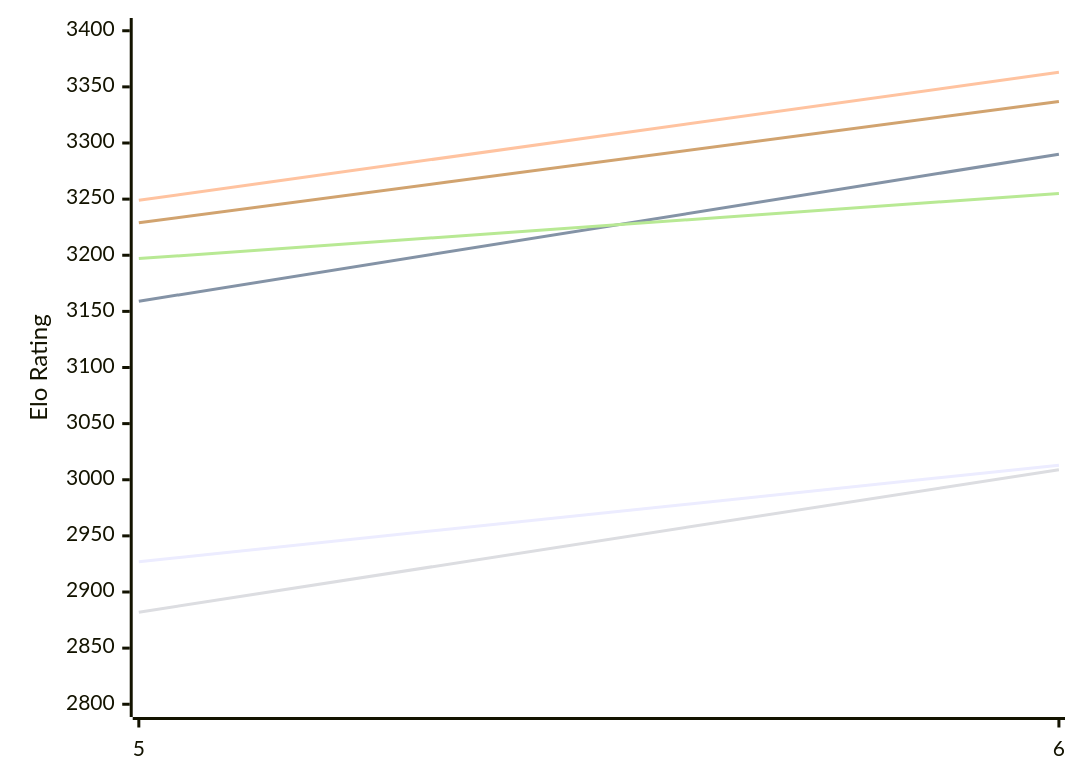
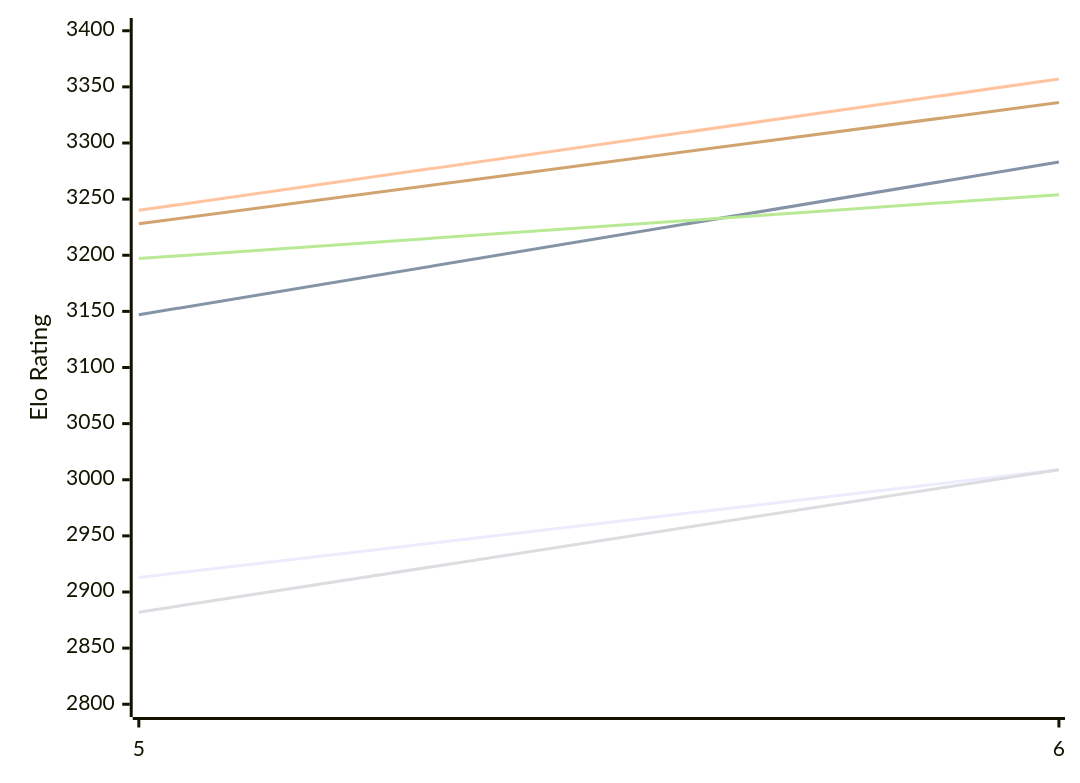
The first of 2 diagrams in engines/Cwtch.md (computer-chess-index/cci), drawn with Mermaid before and after one commit. The commit also changed other lines of this file, not shown here.

Commit message:
Update CCI Ratings (ELO VLTC) - 2026-11-26

````diff
--- a/engines/Cwtch.md
+++ b/engines/Cwtch.md
@@ -51,12 +51,12 @@
 ```mermaid
 %%{init: {"theme":"base","themeVariables":{"seriesColors:['#a3a3a3','#222221','#faa371']}}}%%
 xychart-beta
   x-axis ["5", "6"]
   y-axis "Elo Rating" 2800 --> 3400
-  line "E1: STC (8.0+0.08s)" [2927, 3013]
-  line "E1: LTC (60.0+0.60s)" [3159, 3290]
-  line "E1: VLTC (2m24s+1.12s)" [3249, 3363]
+  line "E1: STC (8.0+0.08s)" [2913, 3009]
+  line "E1: LTC (60.0+0.60s)" [3147, 3283]
+  line "E1: VLTC (2m24s+1.12s)" [3240, 3357]
   line "P1: STC (8.0+0.08s)" [2882, 3009]
-  line "P1: LTC (60.0+0.60s)" [3197, 3255]
-  line "P1: VLTC (2m24s+1.12s)" [3229, 3337]
+  line "P1: LTC (60.0+0.60s)" [3197, 3254]
+  line "P1: VLTC (2m24s+1.12s)" [3228, 3336]
 ```
````
